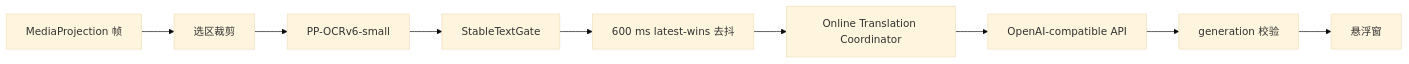
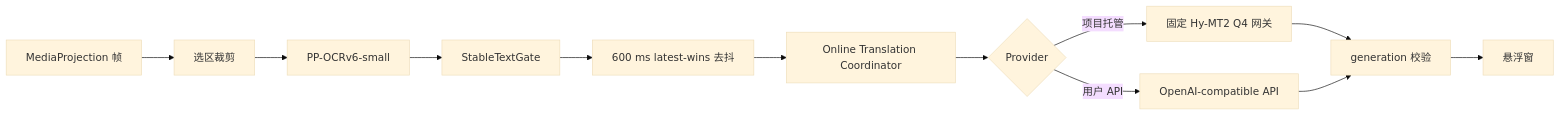
Before and after one commit to Arimacose/ScreenTranslation: the diagram in docs/ONLINE_TRANSLATION_DESIGN.md, drawn with Mermaid (base theme). The commit also changed other lines of this file and 36 other files, not shown here.

````diff
--- a/docs/ONLINE_TRANSLATION_DESIGN.md
+++ b/docs/ONLINE_TRANSLATION_DESIGN.md
@@ -32,11 +34,14 @@
 ```mermaid
 flowchart LR
     A["MediaProjection 帧"] --> B["选区裁剪"]
     B --> C["PP-OCRv6-small"]
     C --> D["StableTextGate"]
     D --> E["600 ms latest-wins 去抖"]
     E --> F["Online Translation Coordinator"]
-    F --> G["OpenAI-compatible API"]
-    G --> H["generation 校验"]
+    F --> G{"Provider"}
+    G -->|"项目托管"| M["固定 Hy-MT2 Q4 网关"]
+    G -->|"用户 API"| U["OpenAI-compatible API"]
+    M --> H["generation 校验"]
+    U --> H
     H --> I["悬浮窗"]
 ```
````
